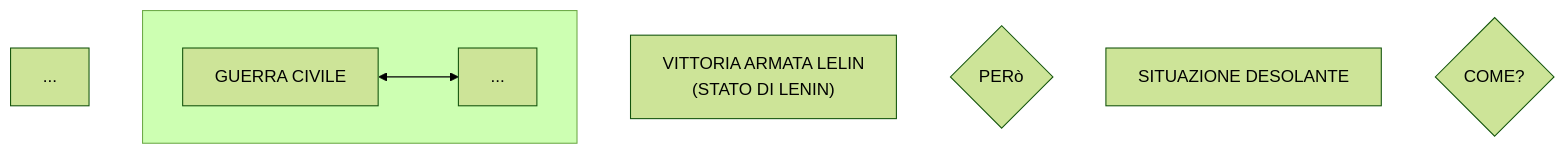
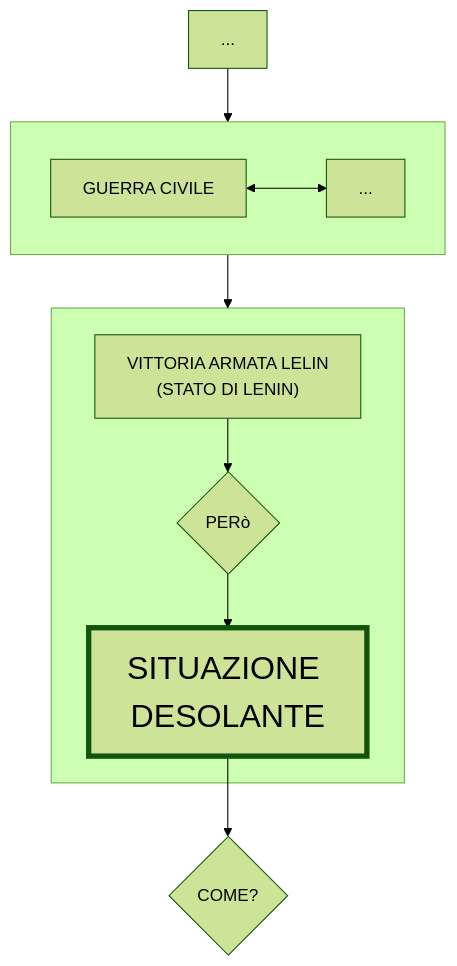
One commit to Laaouatni/ricerca-storia-MermaidJS changed the diagram in prova.md. Above: the diagram before and after it, drawn with Mermaid (forest theme).

````diff
--- a/prova.md
+++ b/prova.md
@@ -1,13 +1,18 @@
 ```mermaid
 flowchart TB
+    classDef classGrande font-size: 30px, stroke-width: 5px;
     0[...]
     subgraph 01[" "]
       010[GUERRA CIVILE]
       0100[...]
       010 <--> 0100
     end
-    011["VITTORIA ARMATA LELIN <br> (STATO DI LENIN)"]
-    012{PERò}
-    013[SITUAZIONE DESOLANTE]
+    subgraph 015[" "]
+      011["VITTORIA ARMATA LELIN <br> (STATO DI LENIN)"]
+      012{PERò}
+      013[SITUAZIONE DESOLANTE]:::classGrande
+    end
     014{COME?}
+    0 --> 01 --> 015 
+    011 --> 012 --> 013 --> 014
 ```
````
